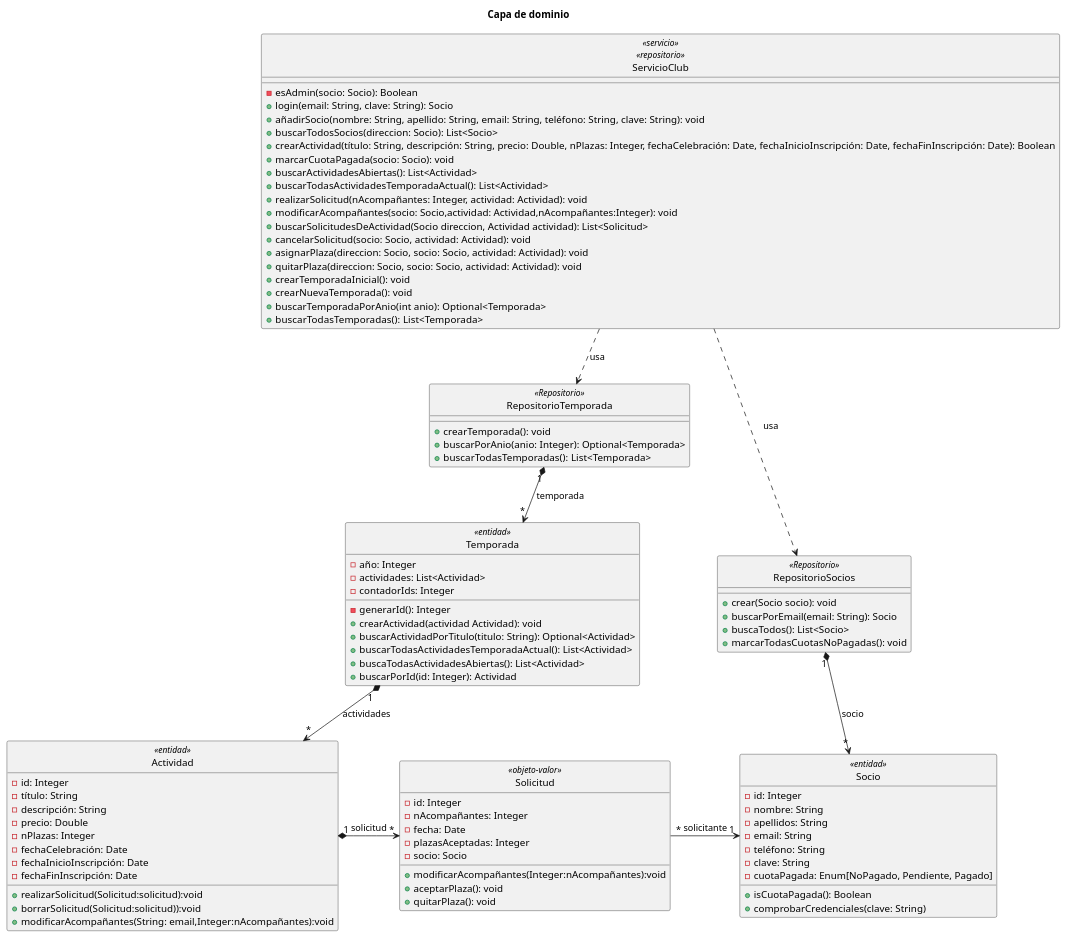
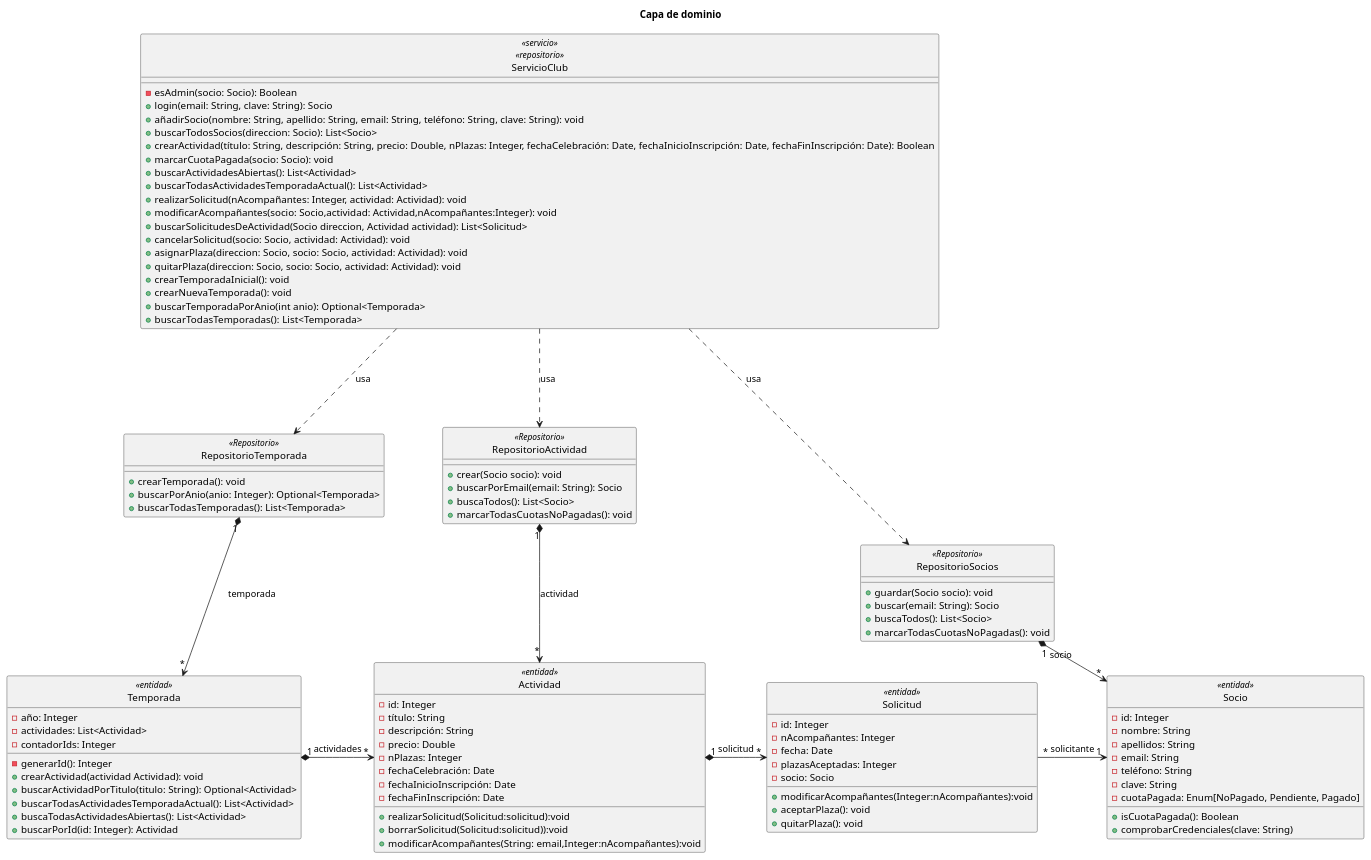
The diagram in diagramaDominio.puml (fjja0004/DAE-2024-fjja0004-scr00043-jfb00009), drawn with PlantUML before and after one commit. The commit also changed 4 other files, not shown here.

```diff
--- a/diagramaDominio.puml
+++ b/diagramaDominio.puml
@@ -1,100 +1,109 @@
 @startuml
 title "Capa de dominio"
 hide circle
 'skinparam classAttributeIconSize 0
 
 class ServicioClub <<servicio>> <<repositorio>> {
     - esAdmin(socio: Socio): Boolean
     + login(email: String, clave: String): Socio
     + añadirSocio(nombre: String, apellido: String, email: String, teléfono: String, clave: String): void
     + buscarTodosSocios(direccion: Socio): List<Socio>
     + crearActividad(título: String, descripción: String, precio: Double, nPlazas: Integer, fechaCelebración: Date, fechaInicioInscripción: Date, fechaFinInscripción: Date): Boolean
     + marcarCuotaPagada(socio: Socio): void
     + buscarActividadesAbiertas(): List<Actividad>
     + buscarTodasActividadesTemporadaActual(): List<Actividad>
     + realizarSolicitud(nAcompañantes: Integer, actividad: Actividad): void
     + modificarAcompañantes(socio: Socio,actividad: Actividad,nAcompañantes:Integer): void
     + buscarSolicitudesDeActividad(Socio direccion, Actividad actividad): List<Solicitud>
     + cancelarSolicitud(socio: Socio, actividad: Actividad): void
     + asignarPlaza(direccion: Socio, socio: Socio, actividad: Actividad): void
     + quitarPlaza(direccion: Socio, socio: Socio, actividad: Actividad): void
     + crearTemporadaInicial(): void
     + crearNuevaTemporada(): void
     + buscarTemporadaPorAnio(int anio): Optional<Temporada>
     + buscarTodasTemporadas(): List<Temporada>
 }
 
 class Socio <<entidad>> {
     - id: Integer
     - nombre: String
     - apellidos: String
     - email: String
     - teléfono: String
     - clave: String
     - cuotaPagada: Enum[NoPagado, Pendiente, Pagado]
 
     + isCuotaPagada(): Boolean
     + comprobarCredenciales(clave: String)
 }
 
 class Actividad <<entidad>> {
     - id: Integer
     - título: String
     - descripción: String
     - precio: Double
     - nPlazas: Integer
     - fechaCelebración: Date
     - fechaInicioInscripción: Date
     - fechaFinInscripción: Date
     + realizarSolicitud(Solicitud:solicitud):void
     + borrarSolicitud(Solicitud:solicitud)):void
     + modificarAcompañantes(String: email,Integer:nAcompañantes):void
 }
 
-class Solicitud <<objeto-valor>> {
+class Solicitud <<entidad>> {
     - id: Integer
     - nAcompañantes: Integer
     - fecha: Date
     - plazasAceptadas: Integer
     - socio: Socio
 
     + modificarAcompañantes(Integer:nAcompañantes):void
     + aceptarPlaza(): void
     + quitarPlaza(): void
 }
 
 class Temporada <<entidad>> {
     - año: Integer
     - actividades: List<Actividad>
     - contadorIds: Integer
 
     - generarId(): Integer
     + crearActividad(actividad Actividad): void
     + buscarActividadPorTitulo(titulo: String): Optional<Actividad>
     + buscarTodasActividadesTemporadaActual(): List<Actividad>
     + buscaTodasActividadesAbiertas(): List<Actividad>
     + buscarPorId(id: Integer): Actividad
 }
 
 class RepositorioSocios <<Repositorio>> {
-    + crear(Socio socio): void
-    + buscarPorEmail(email: String): Socio
+    + guardar(Socio socio): void
+    + buscar(email: String): Socio
     + buscaTodos(): List<Socio>
     + marcarTodasCuotasNoPagadas(): void
 }
 
 class RepositorioTemporada <<Repositorio>> {
     + crearTemporada(): void
     + buscarPorAnio(anio: Integer): Optional<Temporada>
     + buscarTodasTemporadas(): List<Temporada>
 }
 
+class RepositorioActividad <<Repositorio>> {
+    + crear(Socio socio): void
+    + buscarPorEmail(email: String): Socio
+    + buscaTodos(): List<Socio>
+    + marcarTodasCuotasNoPagadas(): void
+}
+
 Solicitud "*" -> "1" Socio : solicitante
 Actividad "1" *-> "*" Solicitud : solicitud
-Temporada "1" *--> "*" Actividad : actividades
+Temporada "1" *-> "*" Actividad : actividades
 ServicioClub ...> RepositorioSocios : usa
-RepositorioSocios "1" *--> "*" Socio : socio
+RepositorioSocios "1" *-> "*" Socio : socio
+ServicioClub ...> RepositorioTemporada : usa
 RepositorioTemporada "1" *--> "*" Temporada : temporada
-ServicioClub ..> RepositorioTemporada : usa
+ServicioClub ...> RepositorioActividad : usa
+RepositorioActividad "1" *--> "*" Actividad : actividad
 
 @enduml
```
